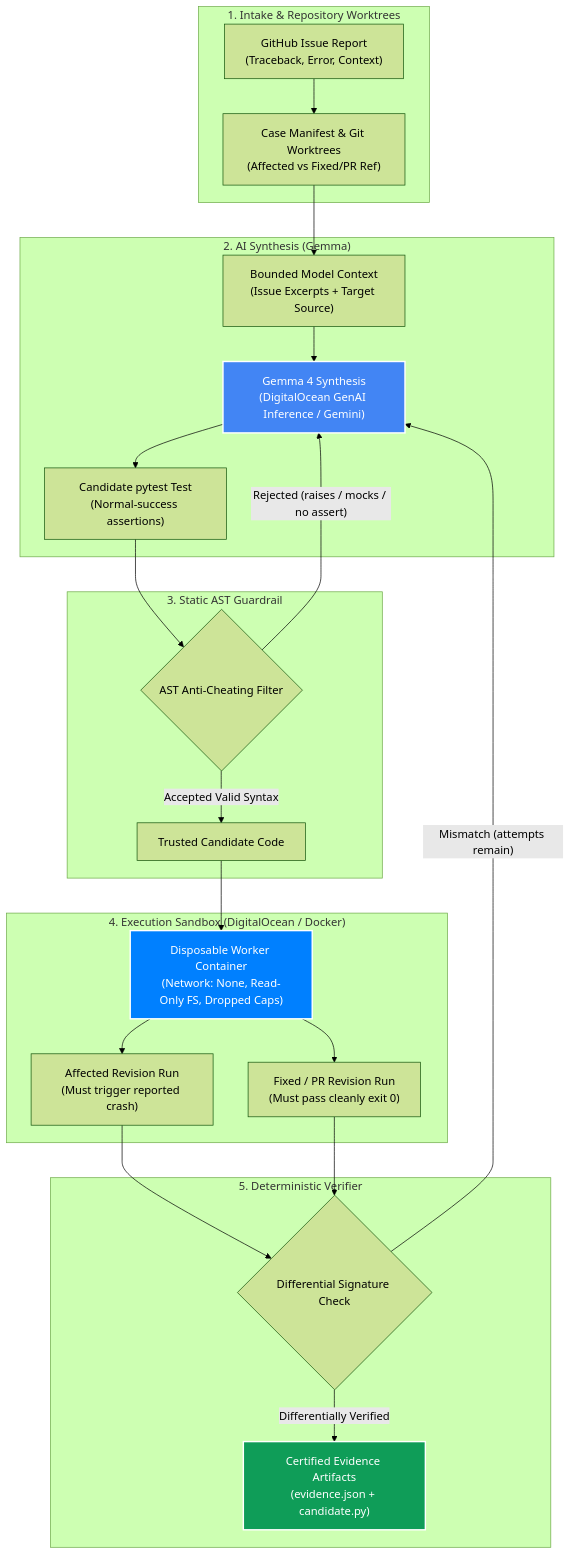
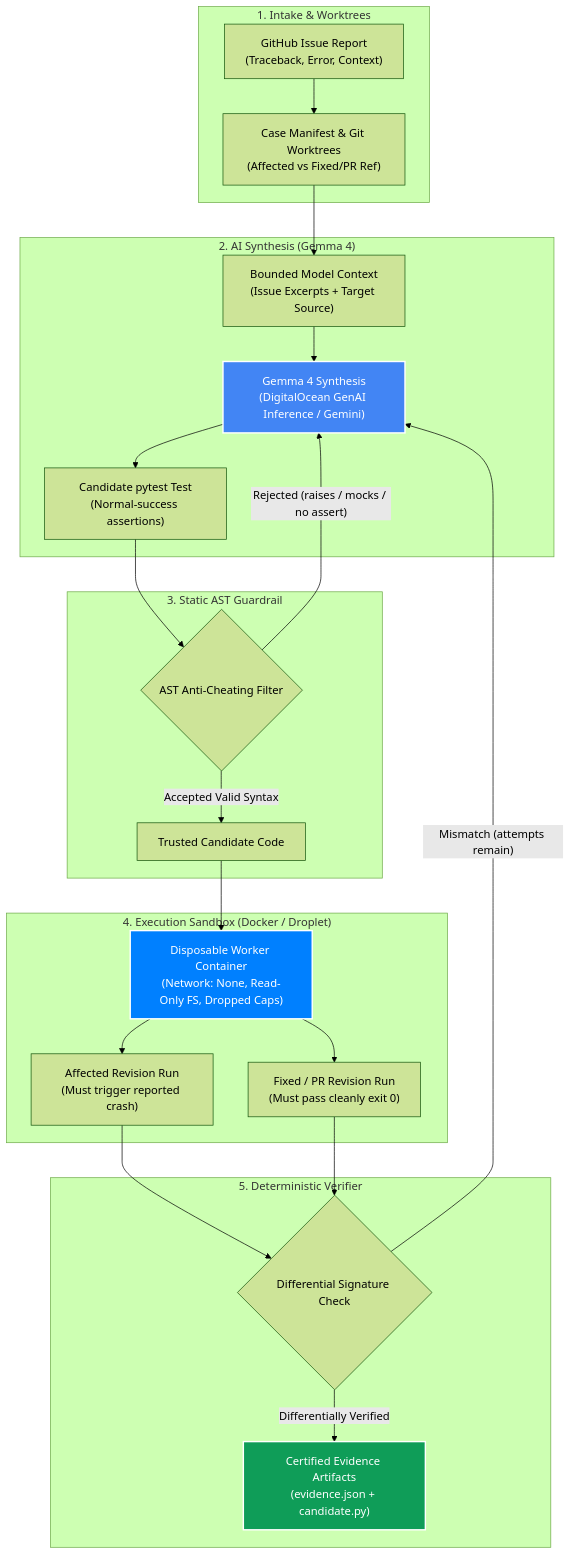
The diagram in README.md (Rigur-Calypso/reproforge), drawn with Mermaid (forest theme) before and after one commit. The commit also changed other lines of this file, not shown here.

````diff
--- a/README.md
+++ b/README.md
@@ -7,35 +11,35 @@
 ```mermaid
 flowchart TD
-    subgraph INTAKE ["1. Intake & Repository Worktrees"]
+    subgraph INTAKE ["1. Intake & Worktrees"]
         A["GitHub Issue Report\n(Traceback, Error, Context)"] --> B["Case Manifest & Git Worktrees\n(Affected vs Fixed/PR Ref)"]
     end
 
-    subgraph AI_LAYER ["2. AI Synthesis (Gemma)"]
+    subgraph AI_LAYER ["2. AI Synthesis (Gemma 4)"]
         B --> C["Bounded Model Context\n(Issue Excerpts + Target Source)"]
         C --> D["Gemma 4 Synthesis\n(DigitalOcean GenAI Inference / Gemini)"]
         D --> E["Candidate pytest Test\n(Normal-success assertions)"]
     end
 
     subgraph GUARD ["3. Static AST Guardrail"]
         E --> F{"AST Anti-Cheating Filter"}
         F -- "Rejected (raises / mocks / no assert)" --> D
         F -- "Accepted Valid Syntax" --> G["Trusted Candidate Code"]
     end
 
-    subgraph SANDBOX ["4. Execution Sandbox (DigitalOcean / Docker)"]
+    subgraph SANDBOX ["4. Execution Sandbox (Docker / Droplet)"]
         G --> H["Disposable Worker Container\n(Network: None, Read-Only FS, Dropped Caps)"]
         H --> I["Affected Revision Run\n(Must trigger reported crash)"]
         H --> J["Fixed / PR Revision Run\n(Must pass cleanly exit 0)"]
     end
 
     subgraph VERIFICATION ["5. Deterministic Verifier"]
         I --> K{"Differential Signature Check"}
         J --> K
         K -- "Mismatch (attempts remain)" --> D
         K -- "Differentially Verified" --> L["Certified Evidence Artifacts\n(evidence.json + candidate.py)"]
     end
 
     style D fill:#4285F4,stroke:#fff,stroke-width:2px,color:#fff
     style H fill:#0080FF,stroke:#fff,stroke-width:2px,color:#fff
     style L fill:#0F9D58,stroke:#fff,stroke-width:2px,color:#fff
 ```
````
